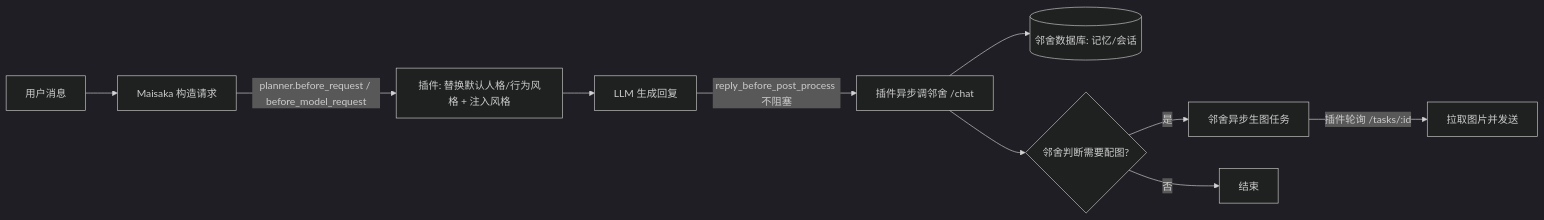
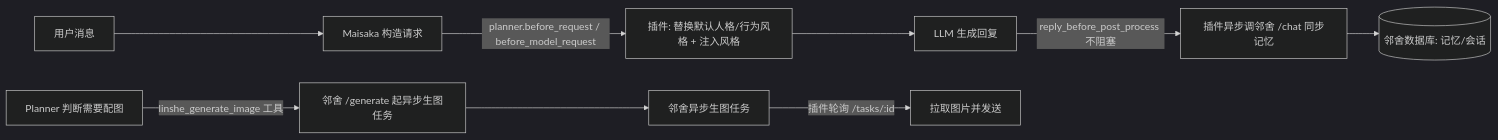
The diagram in ARCHITECTURE.md (icecranberry/linshe-maibot-adapter), drawn with Mermaid (dark theme) before and after one commit. The commit also changed other lines of this file and 4 other files, not shown here.

Commit message:
更改调用生图插件的形式，改为注入在planner里的工具

````diff
--- a/ARCHITECTURE.md
+++ b/ARCHITECTURE.md
@@ -33,12 +33,11 @@
 ```mermaid
 flowchart LR
     U[用户消息] --> M[Maisaka 构造请求]
     M -->|planner.before_request / before_model_request| P[插件: 替换默认人格/行为风格 + 注入风格]
     P --> L[LLM 生成回复]
-    L -->|reply_before_post_process 不阻塞| B[插件异步调邻舍 /chat]
+    L -->|reply_before_post_process 不阻塞| B[插件异步调邻舍 /chat 同步记忆]
     B --> D[(邻舍数据库: 记忆/会话)]
-    B --> J{邻舍判断需要配图?}
-    J -- 是 --> T[邻舍异步生图任务]
+    P2[Planner 判断需要配图] -->|linshe_generate_image 工具| G[邻舍 /generate 起异步生图任务]
+    G --> T[邻舍异步生图任务]
     T -->|插件轮询 /tasks/:id| I[拉取图片并发送]
-    J -- 否 --> E[结束]
 ```
````
